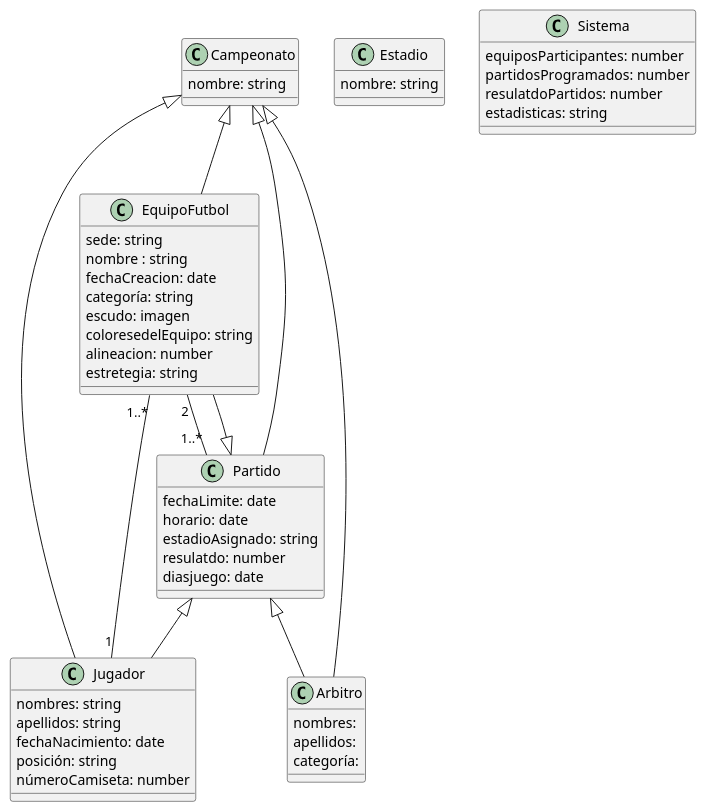
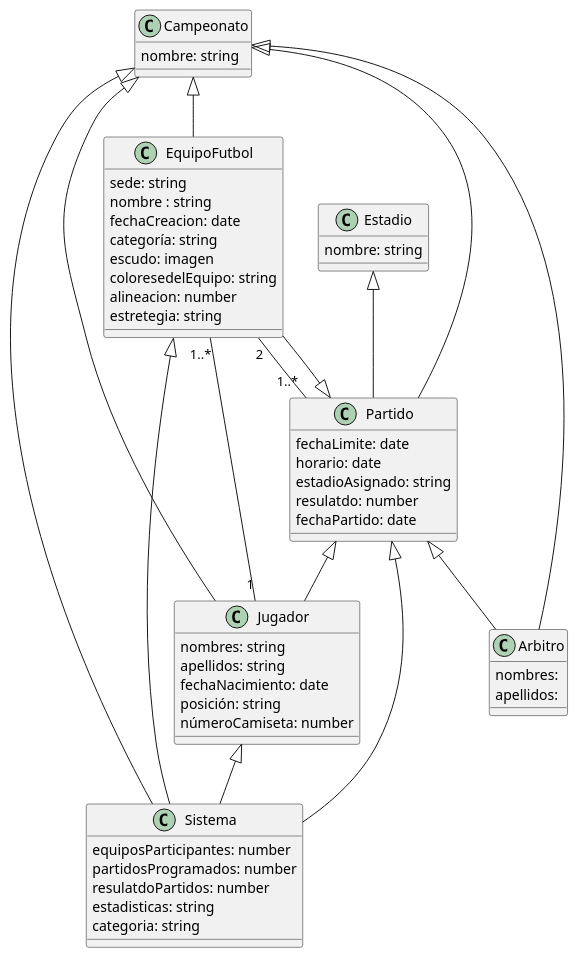
Before and after one commit to GabrielCarriel1/GestionCampeonato: the diagram in SistemaCampeonatoFutbol/Plantilla-uml/Sistema-campeonato.puml, drawn with PlantUML. The commit also changed 2 other files, not shown here.

```diff
--- a/SistemaCampeonatoFutbol/Plantilla-uml/Sistema-campeonato.puml
+++ b/SistemaCampeonatoFutbol/Plantilla-uml/Sistema-campeonato.puml
@@ -1,67 +1,70 @@
 @startuml sistema de gestion campeonato de fútbol
 
 
 class Campeonato {
 nombre: string
 
 }
 
 class EquipoFutbol {
 sede: string
 nombre : string
 fechaCreacion: date
 categoría: string
 escudo: imagen
 coloresedelEquipo: string
 alineacion: number
 estretegia: string
 }
 class Estadio {
 nombre: string
 }
 
  class Jugador {
 nombres: string
 apellidos: string
 fechaNacimiento: date
 posición: string
 númeroCamiseta: number 
 }
 
 class  Arbitro {
 nombres:
 apellidos:
-categoría:
-
 }
 
 class Partido  {
 fechaLimite: date 
 horario: date
 estadioAsignado: string
 resulatdo: number
-diasjuego: date 
+fechaPartido: date 
 }
 class Sistema {
 equiposParticipantes: number 
 partidosProgramados: number
 resulatdoPartidos: number
 estadisticas: string
+categoria: string 
 }
 
 
 Campeonato <|-- EquipoFutbol
 Campeonato <|-- Jugador
 Campeonato <|-- Arbitro
 Campeonato <|-- Partido
 
 Partido <|-- EquipoFutbol
 Partido <|-- Arbitro
 Partido <|-- Jugador
 
 Jugador "1" -- "1..*" EquipoFutbol
 EquipoFutbol "2" -- "1..*" Partido
+Estadio <|-- Partido
 
-
+EquipoFutbol <|-- Sistema
+Campeonato <|-- Sistema
+Partido <|-- Sistema
+Jugador <|-- Sistema
 
 @enduml
```
